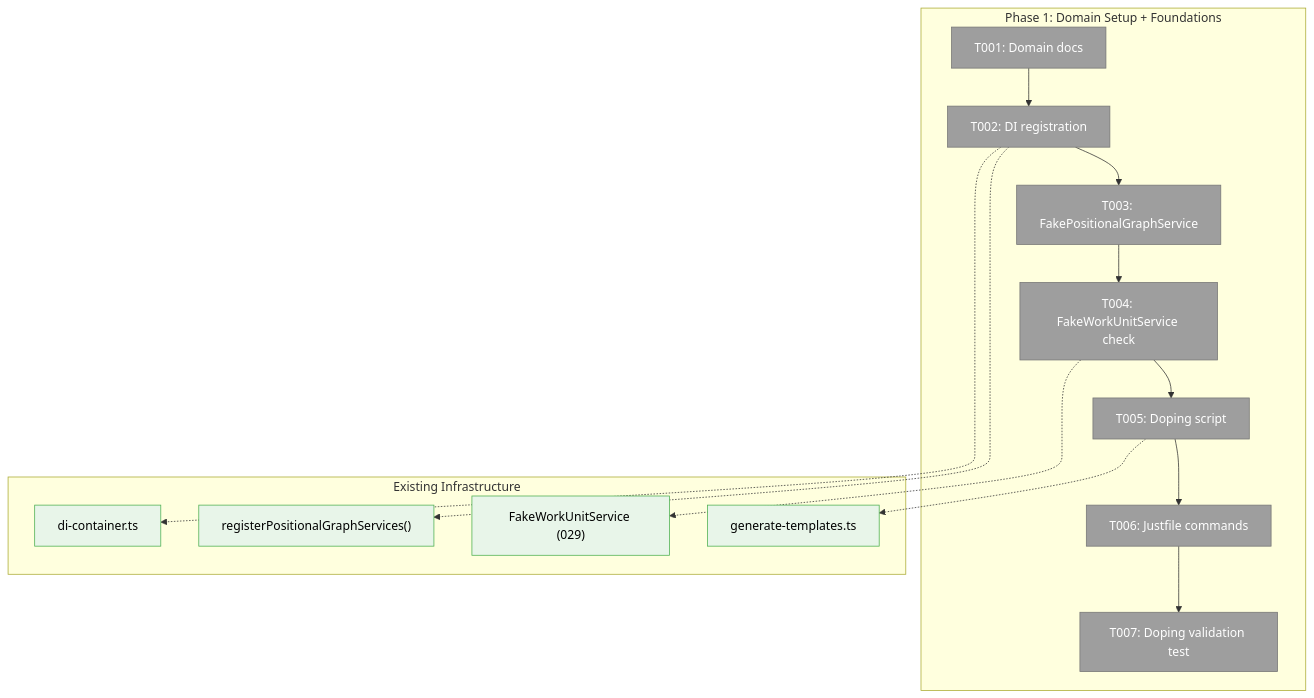
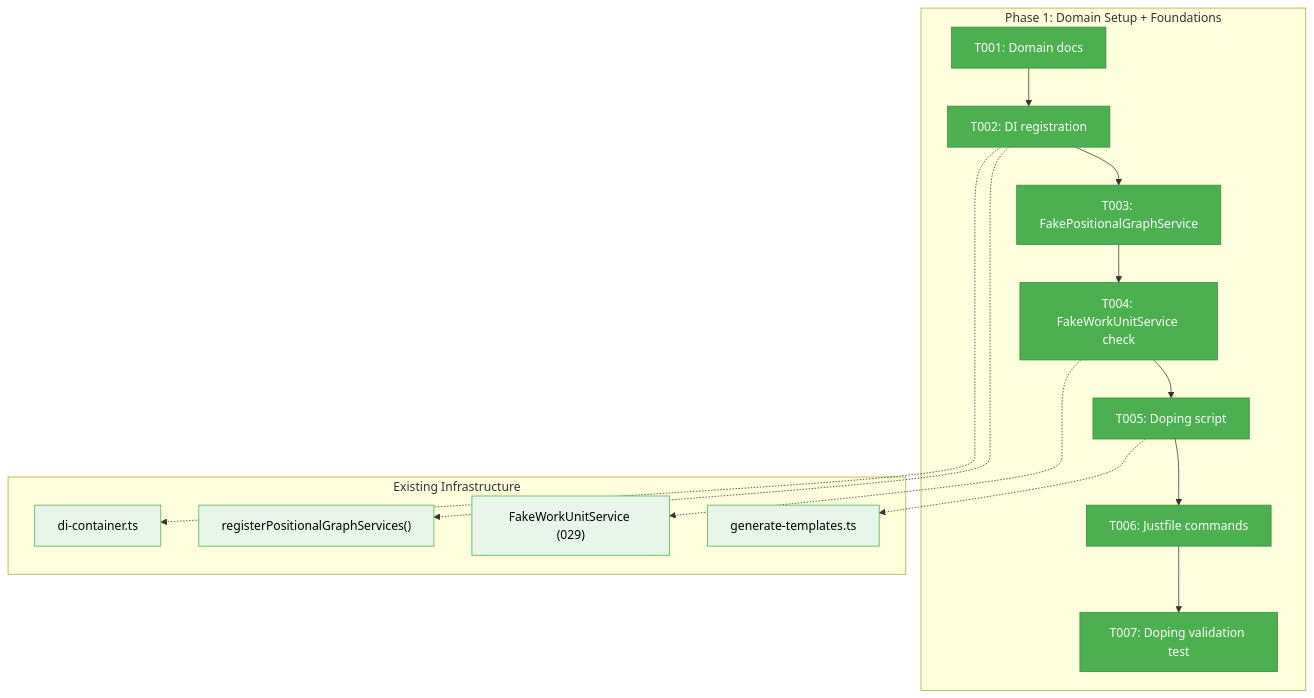
The first of 3 diagrams in docs/plans/050-workflow-page-ux/tasks/phase-1-domain-setup-foundations/tasks.md (AI-Substrate/chainglass), drawn with Mermaid before and after one commit. The commit also changed other lines of this file and 14 other files, not shown here.

First line of the commit message:
Plan 050 Phase 1: Domain setup, DI wiring, fakes, doping system

````diff
--- a/docs/plans/050-workflow-page-ux/tasks/phase-1-domain-setup-foundations/tasks.md
+++ b/docs/plans/050-workflow-page-ux/tasks/phase-1-domain-setup-foundations/tasks.md
@@ -60,34 +60,36 @@
 ```mermaid
 flowchart TD
     classDef pending fill:#9E9E9E,stroke:#757575,color:#fff
     classDef existing fill:#E8F5E9,stroke:#4CAF50,color:#000
+    classDef completed fill:#4CAF50,stroke:#388E3C,color:#fff
+    classDef inprogress fill:#FFC107,stroke:#FFA000,color:#000
 
     subgraph Phase1["Phase 1: Domain Setup + Foundations"]
-        T001["T001: Domain docs"]:::pending
-        T002["T002: DI registration"]:::pending
-        T003["T003: FakePositionalGraphService"]:::pending
-        T004["T004: FakeWorkUnitService check"]:::pending
-        T005["T005: Doping script"]:::pending
-        T006["T006: Justfile commands"]:::pending
-        T007["T007: Doping validation test"]:::pending
+        T001["T001: Domain docs"]:::completed
+        T002["T002: DI registration"]:::completed
+        T003["T003: FakePositionalGraphService"]:::completed
+        T004["T004: FakeWorkUnitService check"]:::completed
+        T005["T005: Doping script"]:::completed
+        T006["T006: Justfile commands"]:::completed
+        T007["T007: Doping validation test"]:::completed
 
         T001 --> T002
         T002 --> T003
         T003 --> T004
         T004 --> T005
         T005 --> T006
         T006 --> T007
     end
 
     subgraph Existing["Existing Infrastructure"]
         DI["di-container.ts"]:::existing
         PGS["registerPositionalGraphServices()"]:::existing
         FWU["FakeWorkUnitService (029)"]:::existing
         GenT["generate-templates.ts"]:::existing
     end
 
     T002 -.-> DI
     T002 -.-> PGS
     T004 -.-> FWU
     T005 -.-> GenT
 ```
````
